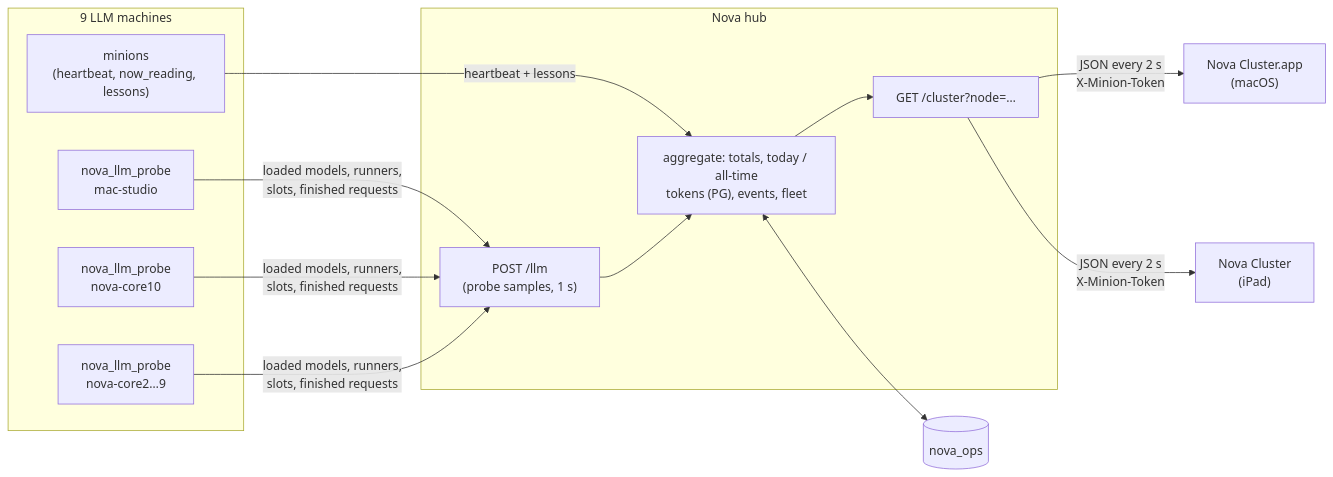
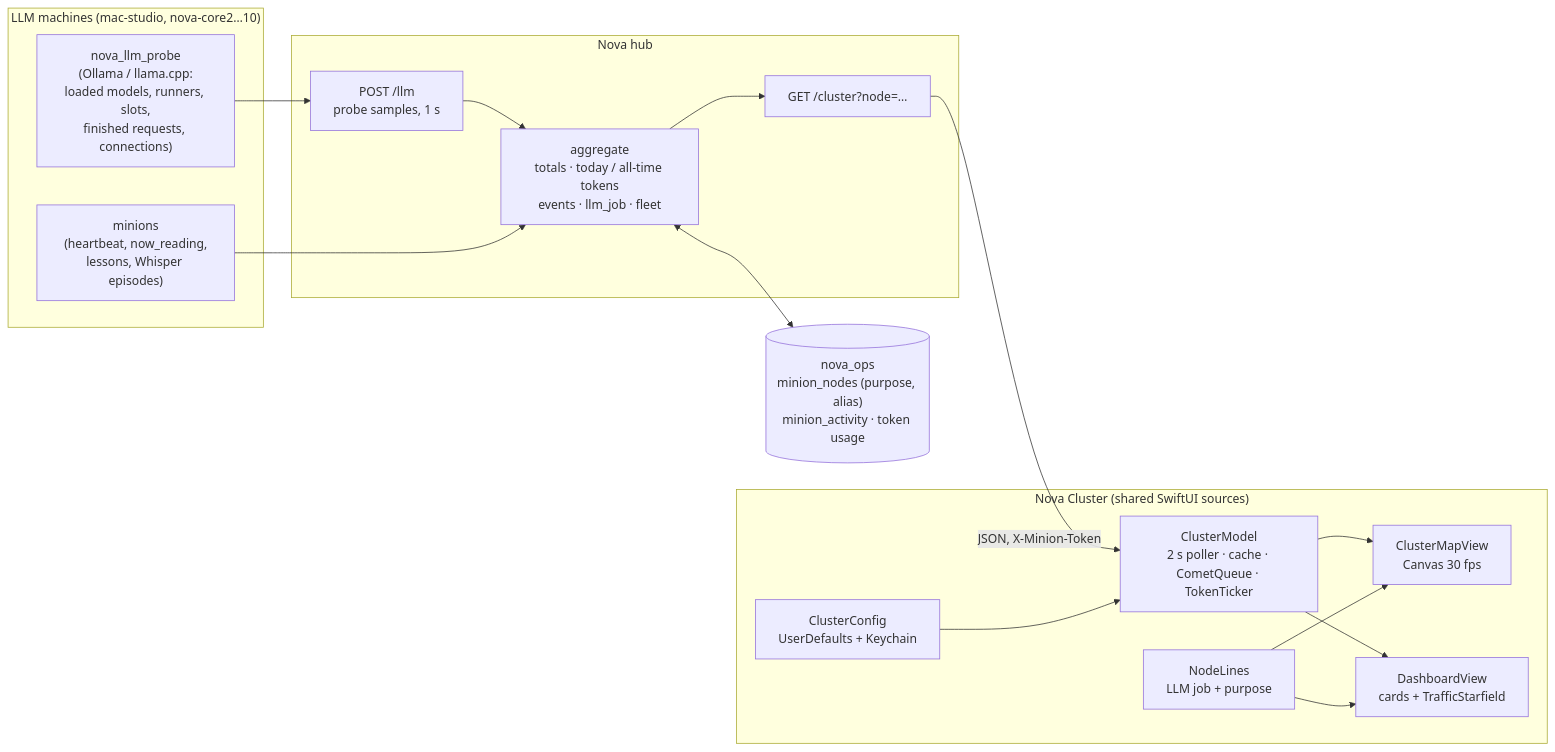
Before and after one commit to kochj23/nova: the first of 2 diagrams in apps/NovaCluster/README.md, drawn with Mermaid. The commit also changed other lines of this file and 2 other files, not shown here.

First line of the commit message:
NovaCluster 1.0.1 (2): release build, README rewrite

````diff
--- a/apps/NovaCluster/README.md
+++ b/apps/NovaCluster/README.md
@@ -13,22 +87,28 @@
 ```mermaid
 flowchart LR
-    subgraph Machines["9 LLM machines"]
-        P1["nova_llm_probe<br/>mac-studio"]
-        P2["nova_llm_probe<br/>nova-core10"]
-        P3["nova_llm_probe<br/>nova-core2…9"]
-        M["minions<br/>(heartbeat, now_reading, lessons)"]
+    subgraph Machines["LLM machines (mac-studio, nova-core2…10)"]
+        P["nova_llm_probe<br/>(Ollama / llama.cpp:<br/>loaded models, runners, slots,<br/>finished requests, connections)"]
+        M["minions<br/>(heartbeat, now_reading,<br/>lessons, Whisper episodes)"]
     end
     subgraph Hub["Nova hub"]
-        LLM["POST /llm<br/>(probe samples, 1 s)"]
-        AGG["aggregate: totals, today / all-time<br/>tokens (PG), events, fleet"]
+        LLM["POST /llm<br/>probe samples, 1 s"]
+        AGG["aggregate<br/>totals · today / all-time tokens<br/>events · llm_job · fleet"]
         CL["GET /cluster?node=…"]
     end
-    PG[("nova_ops")]
-    P1 & P2 & P3 -- "loaded models, runners,<br/>slots, finished requests" --> LLM
-    M -- "heartbeat + lessons" --> AGG
-    LLM --> AGG
+    PG[("nova_ops<br/>minion_nodes (purpose, alias)<br/>minion_activity · token usage")]
+    P --> LLM --> AGG
+    M --> AGG
     AGG <--> PG
     AGG --> CL
-    CL -- "JSON every 2 s<br/>X-Minion-Token" --> Mac["Nova Cluster.app<br/>(macOS)"]
-    CL -- "JSON every 2 s<br/>X-Minion-Token" --> Pad["Nova Cluster<br/>(iPad)"]
+    subgraph App["Nova Cluster (shared SwiftUI sources)"]
+        CM["ClusterModel<br/>2 s poller · cache · CometQueue · TokenTicker"]
+        CFG["ClusterConfig<br/>UserDefaults + Keychain"]
+        MAP["ClusterMapView<br/>Canvas 30 fps"]
+        DASH["DashboardView<br/>cards + TrafficStarfield"]
+        NL["NodeLines<br/>LLM job + purpose"]
+    end
+    CL -- "JSON, X-Minion-Token" --> CM
+    CFG --> CM
+    CM --> MAP & DASH
+    NL --> MAP & DASH
 ```
````
